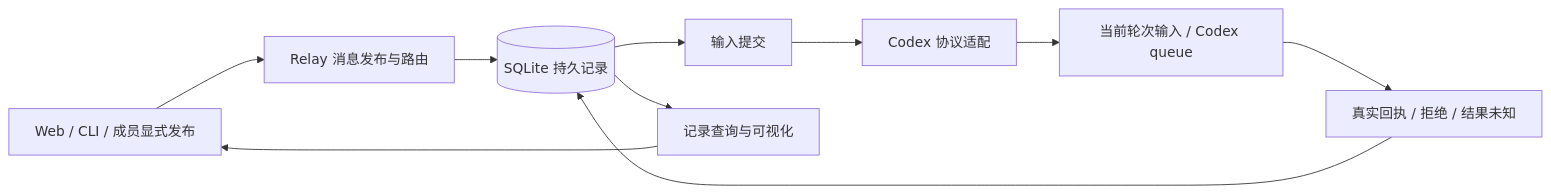
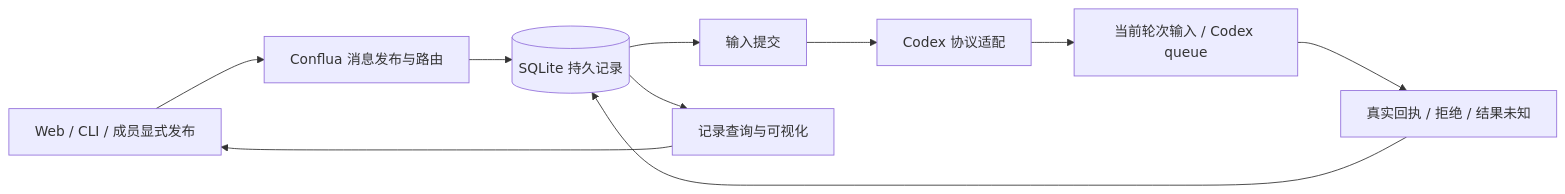
One commit to leoninew/agent-relay changed the first of 5 diagrams in docs/design/codex-session-chat-collaboration.md. Above: the diagram before and after it, drawn with Mermaid. The commit also changed other lines of this file and 383 other files, not shown here.

First line of the commit message:
refactor: rename Agent Relay to Conflua

````diff
--- a/docs/design/codex-session-chat-collaboration.md
+++ b/docs/design/codex-session-chat-collaboration.md
@@ -57,12 +57,12 @@
 ```mermaid
 flowchart LR
-    Clients[Web / CLI / 成员显式发布] --> Relay[Relay 消息发布与路由]
-    Relay --> DB[(SQLite 持久记录)]
+    Clients[Web / CLI / 成员显式发布] --> Conflua[Conflua 消息发布与路由]
+    Conflua --> DB[(SQLite 持久记录)]
     DB --> Submit[输入提交]
     Submit --> Driver[Codex 协议适配]
     Driver --> Queue[当前轮次输入 / Codex queue]
     Queue --> Receipt[真实回执 / 拒绝 / 结果未知]
     Receipt --> DB
     DB --> Query[记录查询与可视化]
     Query --> Clients
 ```
````
